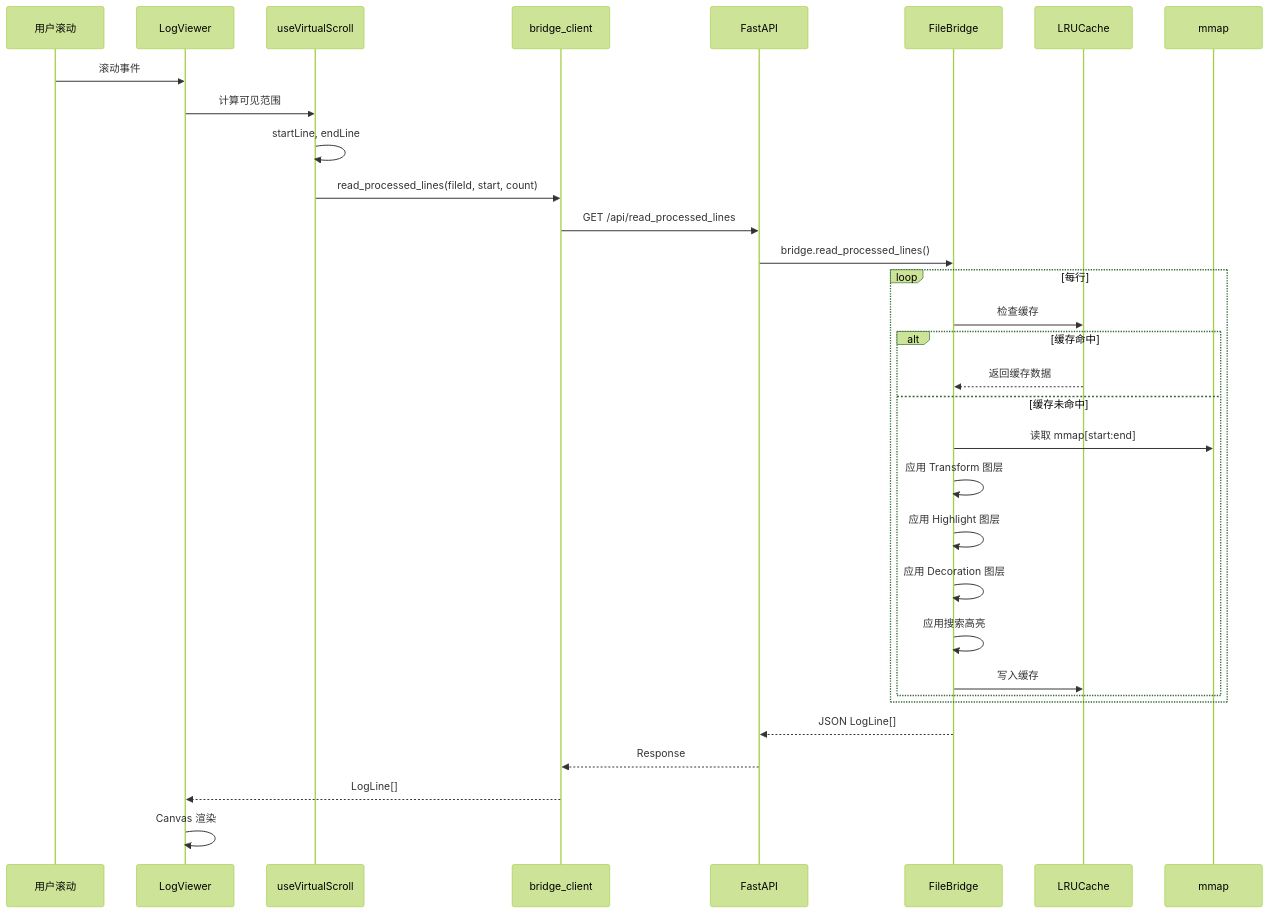
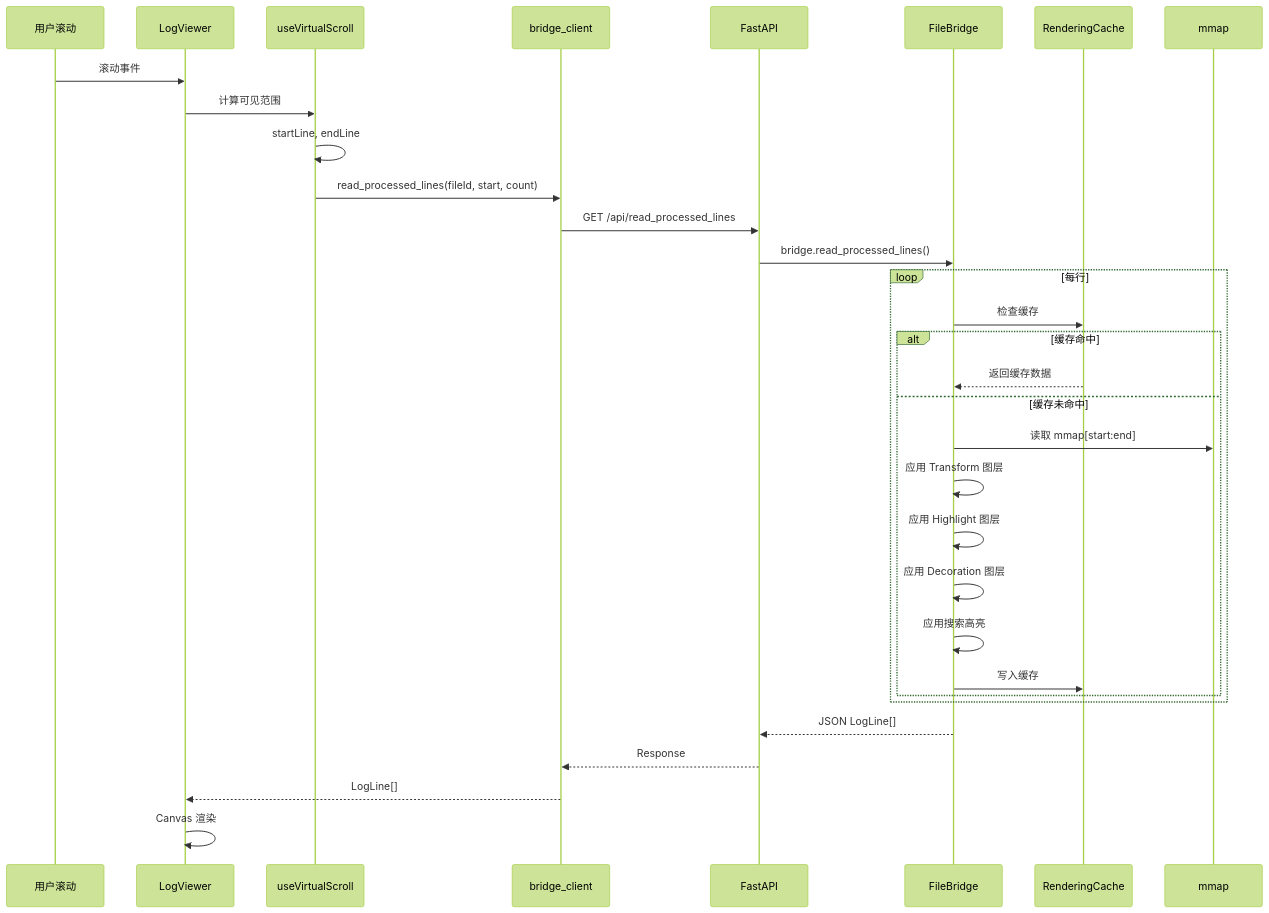
Before and after one commit to qmjianda/loglayer: diagram 21 of 27 in megatron_mermaid.md, drawn with Mermaid (forest theme). The commit also changed other lines of this file and 63 other files, not shown here.

````diff
--- a/megatron_mermaid.md
+++ b/megatron_mermaid.md
@@ -1155,38 +1317,38 @@
 ```mermaid
 sequenceDiagram
     participant U as 用户滚动
     participant LV as LogViewer
     participant VS as useVirtualScroll
     participant BC as bridge_client
     participant API as FastAPI
     participant BR as FileBridge
-    participant CACHE as LRUCache
+    participant CACHE as RenderingCache
     participant MM as mmap
     
     U->>LV: 滚动事件
     LV->>VS: 计算可见范围
     VS->>VS: startLine, endLine
     VS->>BC: read_processed_lines(fileId, start, count)
     BC->>API: GET /api/read_processed_lines
     
     API->>BR: bridge.read_processed_lines()
     
     loop 每行
         BR->>CACHE: 检查缓存
         alt 缓存命中
             CACHE-->>BR: 返回缓存数据
         else 缓存未命中
             BR->>MM: 读取 mmap[start:end]
             BR->>BR: 应用 Transform 图层
             BR->>BR: 应用 Highlight 图层
             BR->>BR: 应用 Decoration 图层
             BR->>BR: 应用搜索高亮
             BR->>CACHE: 写入缓存
         end
     end
     
     BR-->>API: JSON LogLine[]
     API-->>BC: Response
     BC-->>LV: LogLine[]
     LV->>LV: Canvas 渲染
 ```
````
